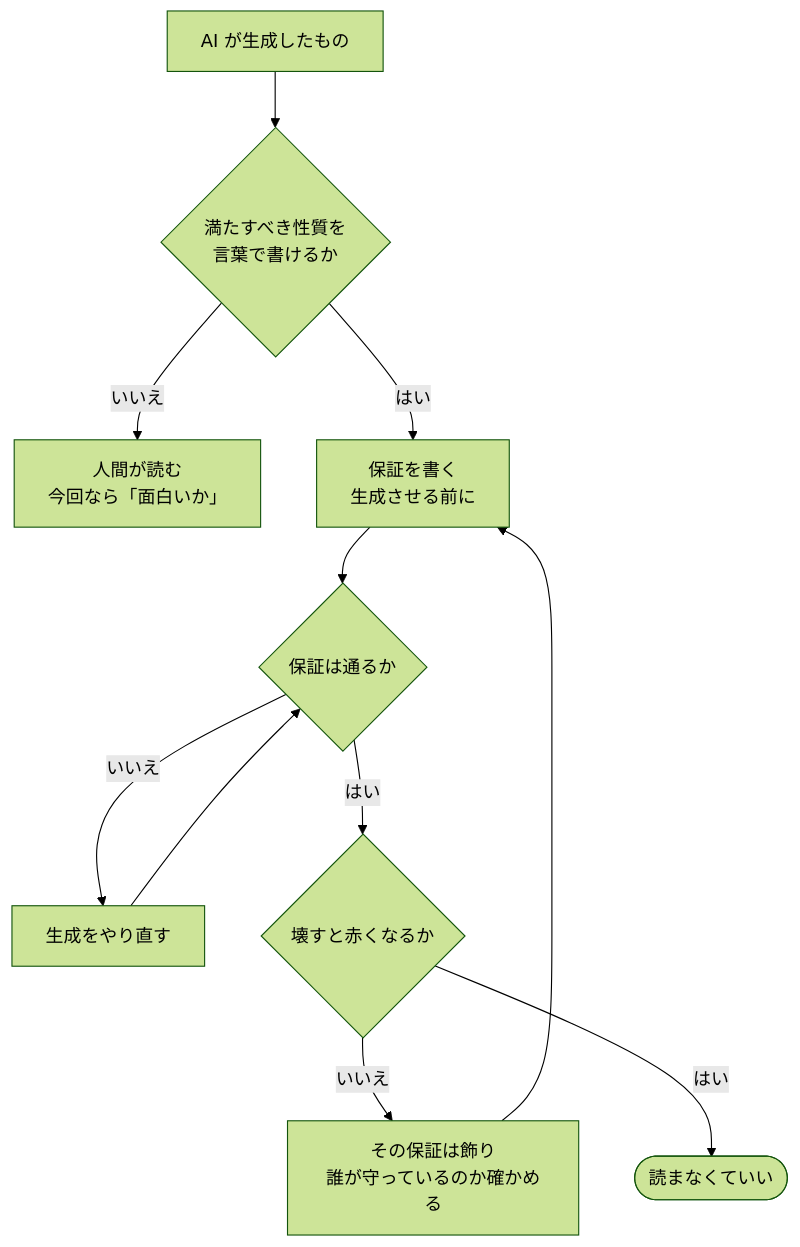
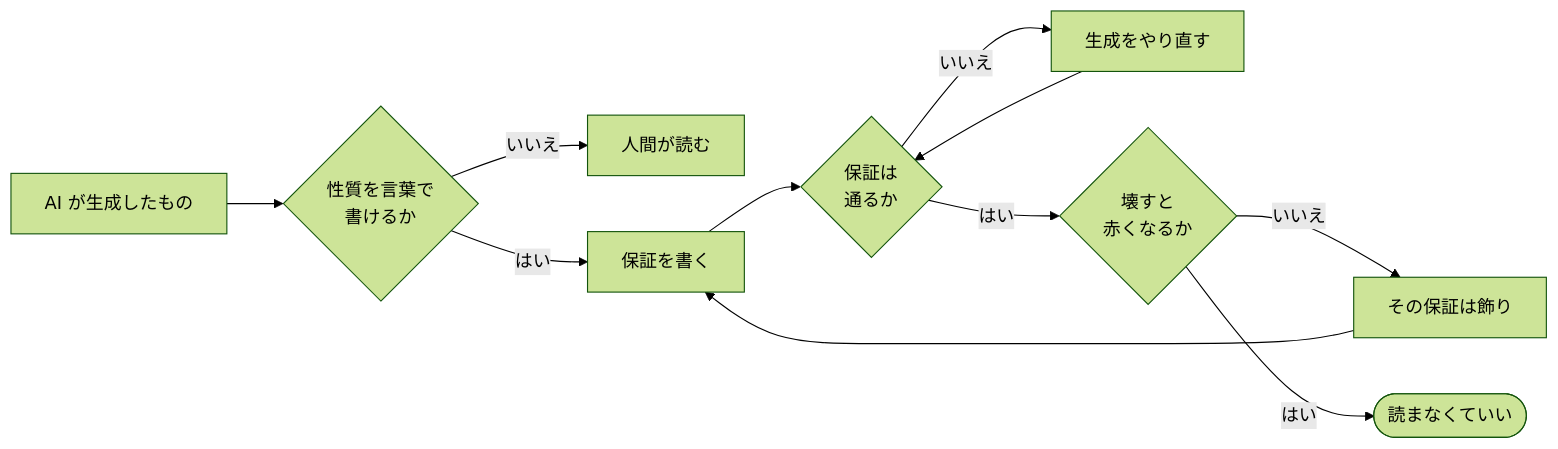
One commit to y-sakamoto-lu-llc/zenn changed the diagram in articles/incident-game-day0-verify.md. Above: the diagram before and after it, drawn with Mermaid (forest theme).

Commit message:
図を横向きにして Zenn の埋め込み高さに収める

````diff
--- a/articles/incident-game-day0-verify.md
+++ b/articles/incident-game-day0-verify.md
@@ -67,13 +67,13 @@
 ```mermaid
-flowchart TD
-    gen["AI が生成したもの"] --> q1{"満たすべき性質を<br/>言葉で書けるか"}
-    q1 -->|"いいえ"| read["人間が読む<br/>今回なら「面白いか」"]
-    q1 -->|"はい"| write["保証を書く<br/>生成させる前に"]
-    write --> q2{"保証は通るか"}
+flowchart LR
+    gen["AI が生成したもの"] --> q1{"性質を言葉で<br/>書けるか"}
+    q1 -->|"いいえ"| read["人間が読む"]
+    q1 -->|"はい"| write["保証を書く"]
+    write --> q2{"保証は<br/>通るか"}
     q2 -->|"いいえ"| regen["生成をやり直す"]
     regen --> q2
-    q2 -->|"はい"| q3{"壊すと赤くなるか"}
-    q3 -->|"いいえ"| deco["その保証は飾り<br/>誰が守っているのか確かめる"]
+    q2 -->|"はい"| q3{"壊すと<br/>赤くなるか"}
+    q3 -->|"いいえ"| deco["その保証は飾り"]
     deco --> write
     q3 -->|"はい"| ok(["読まなくていい"])
 ```
````
